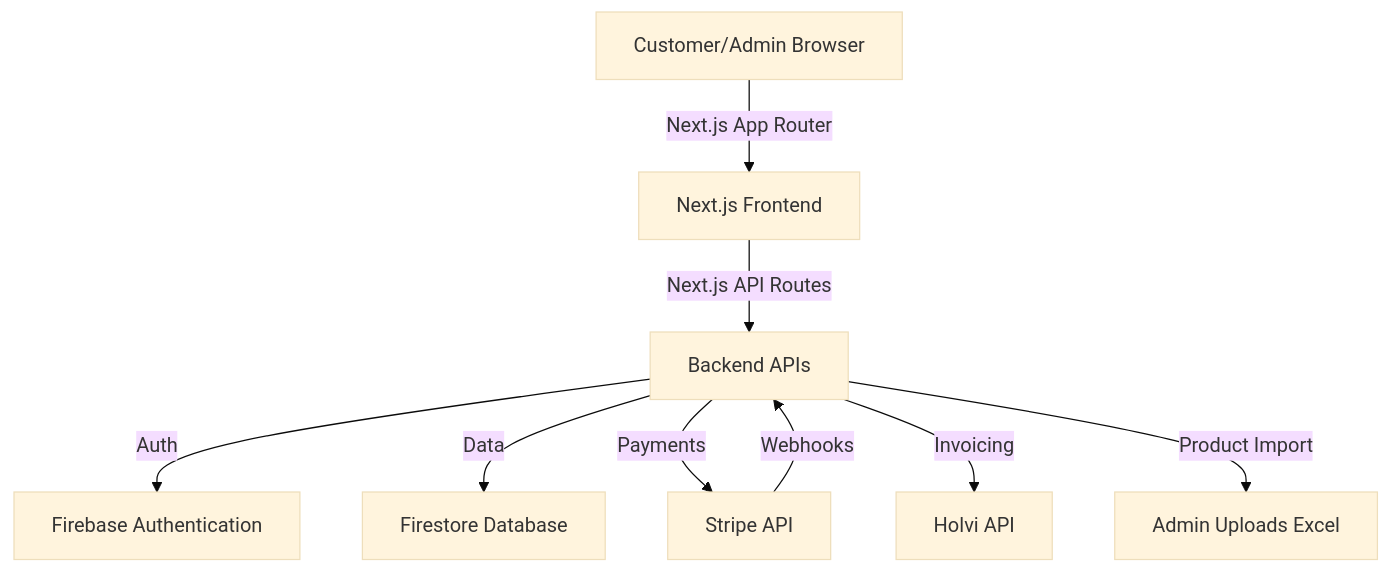
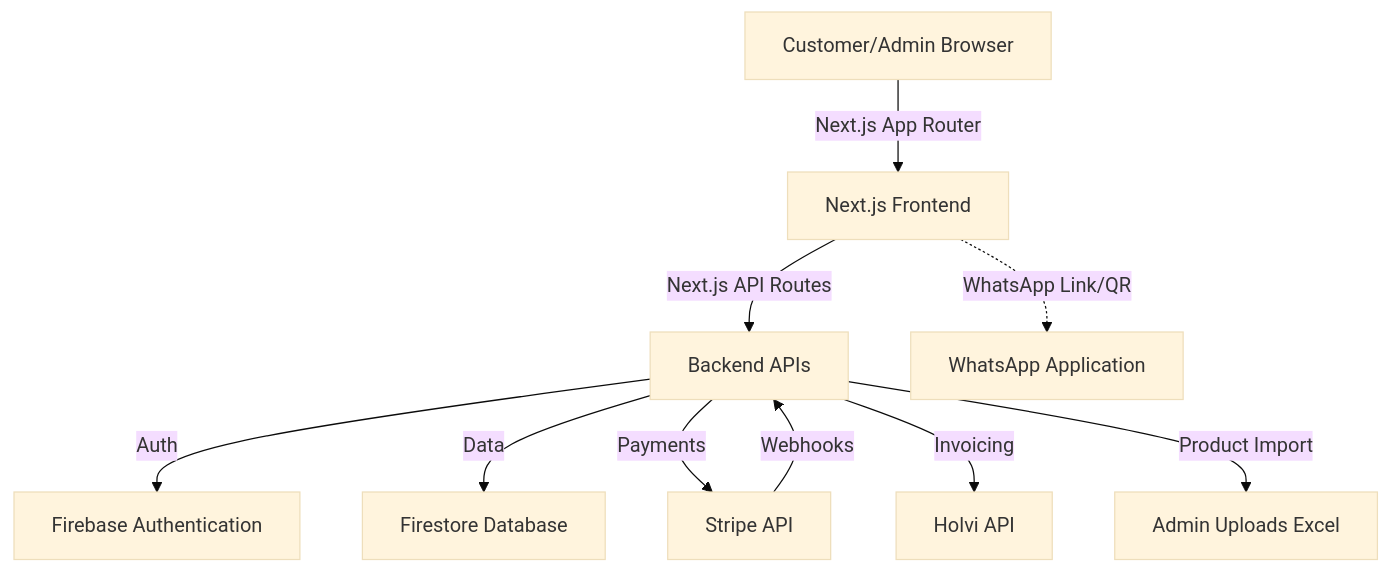
Before and after one commit to ristovuorinen2/eqilo: the diagram in docs/eqilo-architecture.md, drawn with Mermaid (base theme). The commit also changed other lines of this file, not shown here.

Commit message:
docs: add WhatsApp helpdesk feature integration

````diff
--- a/docs/eqilo-architecture.md
+++ b/docs/eqilo-architecture.md
@@ -22,14 +23,15 @@
 ```mermaid
 graph TD
     Client[Customer/Admin Browser] -->|Next.js App Router| Frontend[Next.js Frontend]
     Frontend -->|Next.js API Routes| Backend[Backend APIs]
     
     Backend -->|Auth| FirebaseAuth[Firebase Authentication]
     Backend -->|Data| Firestore[Firestore Database]
     
     Backend -->|Payments| Stripe[Stripe API]
     Backend -->|Invoicing| Holvi[Holvi API]
     Backend -->|Product Import| Admin[Admin Uploads Excel]
     
+    Frontend -.->|WhatsApp Link/QR| WhatsAppApp[WhatsApp Application]
     Stripe -->|Webhooks| Backend
 ```
````
